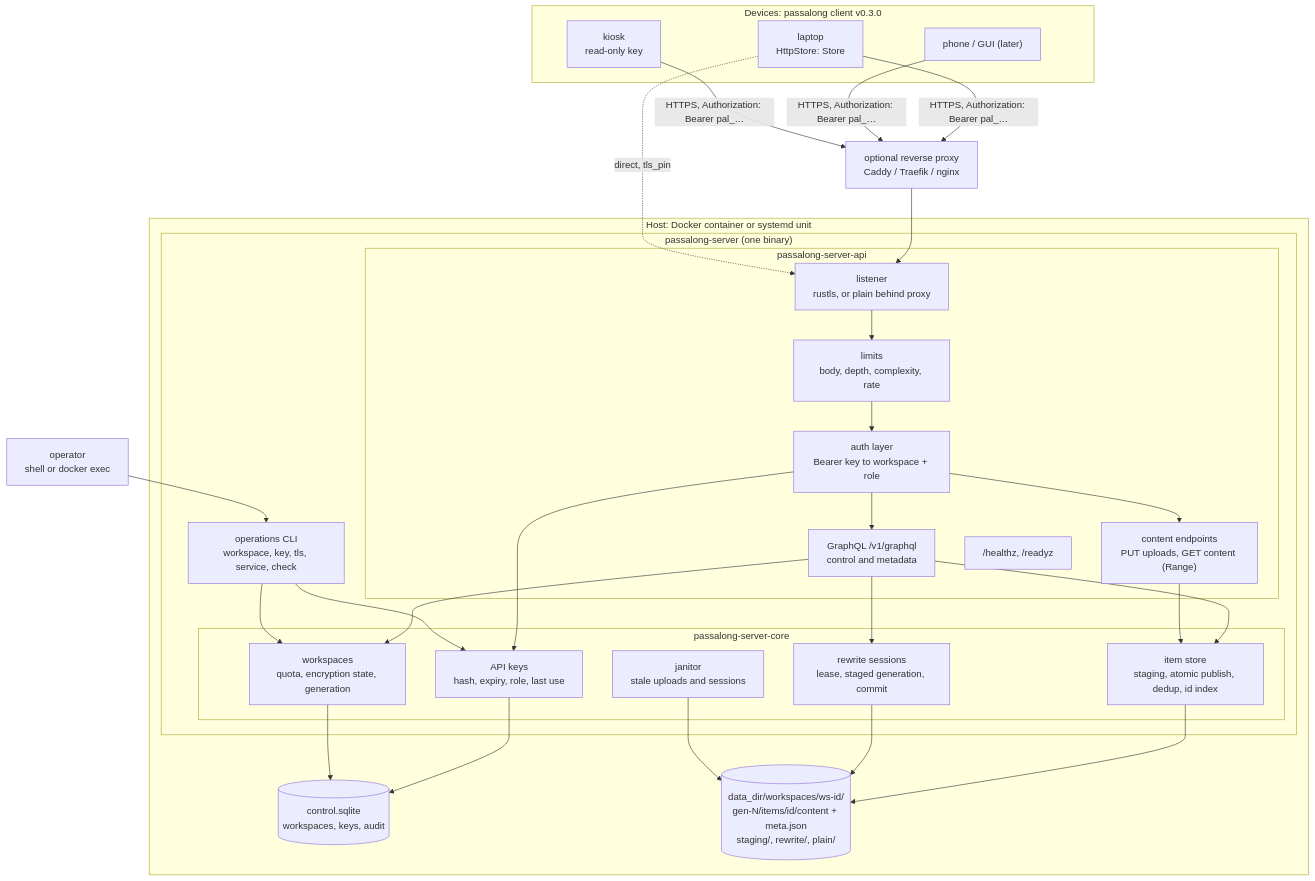
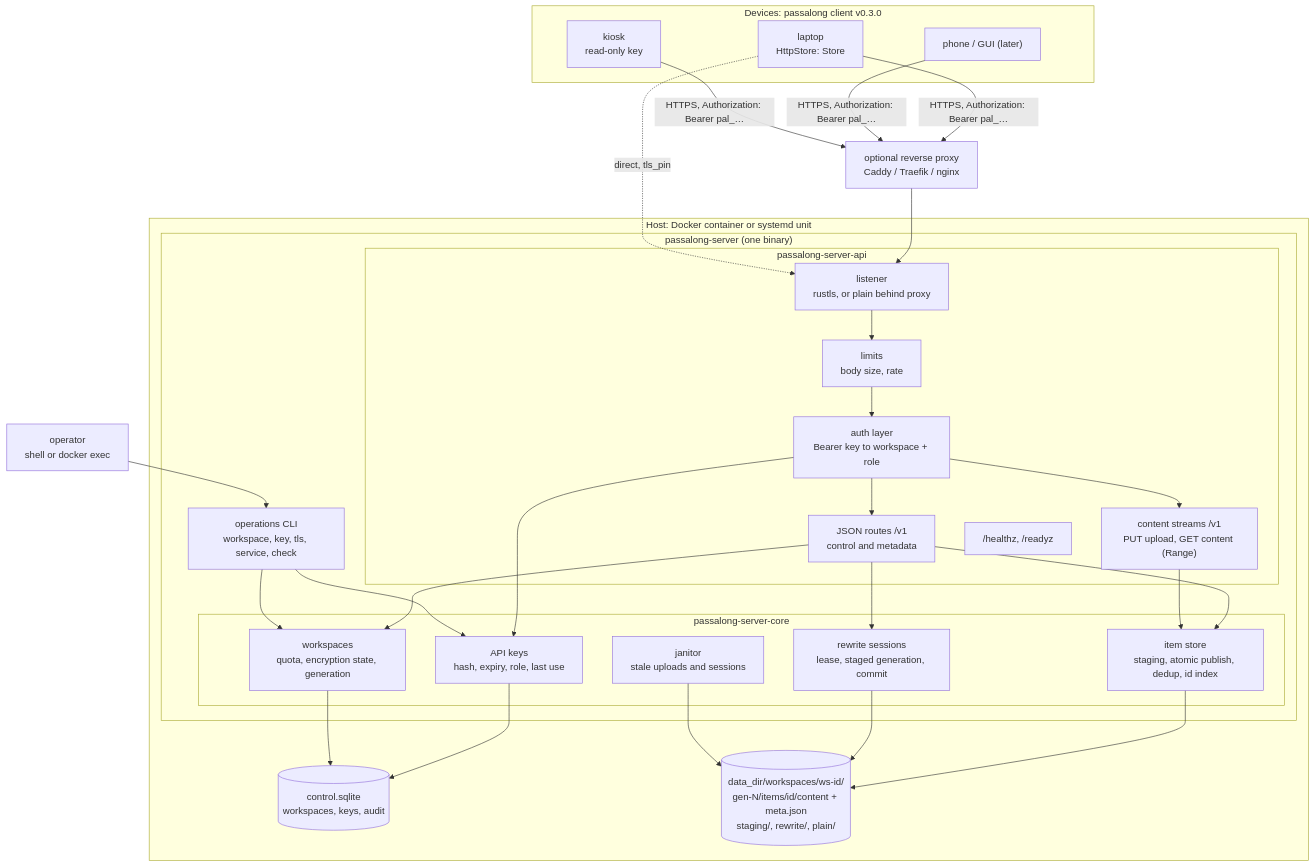
One commit to joelee/passalong-server changed the first of 3 diagrams in docs/architecture.md. Above: the diagram before and after it, drawn with Mermaid. The commit also changed other lines of this file and 16 other files, not shown here.

````diff
--- a/docs/architecture.md
+++ b/docs/architecture.md
@@ -27,46 +27,46 @@
 ```mermaid
 flowchart TB
   subgraph devices["Devices: passalong client v0.3.0"]
     C1["laptop<br/>HttpStore: Store"]
     C2["phone / GUI (later)"]
     C3["kiosk<br/>read-only key"]
   end
 
   PROXY["optional reverse proxy<br/>Caddy / Traefik / nginx"]
 
   subgraph host["Host: Docker container or systemd unit"]
     subgraph bin["passalong-server (one binary)"]
       subgraph api["passalong-server-api"]
         TLS["listener<br/>rustls, or plain behind proxy"]
-        LIM["limits<br/>body, depth, complexity, rate"]
+        LIM["limits<br/>body size, rate"]
         AUTH["auth layer<br/>Bearer key to workspace + role"]
-        GQL["GraphQL /v1/graphql<br/>control and metadata"]
-        BYTES["content endpoints<br/>PUT uploads, GET content (Range)"]
+        ROUTES["JSON routes /v1<br/>control and metadata"]
+        BYTES["content streams /v1<br/>PUT upload, GET content (Range)"]
         HEALTH["/healthz, /readyz"]
       end
       subgraph core["passalong-server-core"]
         WS["workspaces<br/>quota, encryption state, generation"]
         KEYS["API keys<br/>hash, expiry, role, last use"]
         ITEMS["item store<br/>staging, atomic publish, dedup, id index"]
         RW["rewrite sessions<br/>lease, staged generation, commit"]
         JAN["janitor<br/>stale uploads and sessions"]
       end
       CLI["operations CLI<br/>workspace, key, tls, service, check"]
     end
     DB[("control.sqlite<br/>workspaces, keys, audit")]
     FS[("data_dir/workspaces/ws-id/<br/>gen-N/items/id/content + meta.json<br/>staging/, rewrite/, plain/")]
   end
 
   C1 & C2 & C3 -- "HTTPS, Authorization: Bearer pal_…" --> PROXY
   PROXY --> TLS
   C1 -. "direct, tls_pin" .-> TLS
   TLS --> LIM --> AUTH
-  AUTH --> GQL & BYTES
-  GQL --> WS & ITEMS & RW
+  AUTH --> ROUTES & BYTES
+  ROUTES --> WS & ITEMS & RW
   BYTES --> ITEMS
   AUTH --> KEYS
   KEYS & WS --> DB
   ITEMS & RW & JAN --> FS
   CLI --> KEYS & WS
   ADMIN["operator<br/>shell or docker exec"] --> CLI
 ```
````
